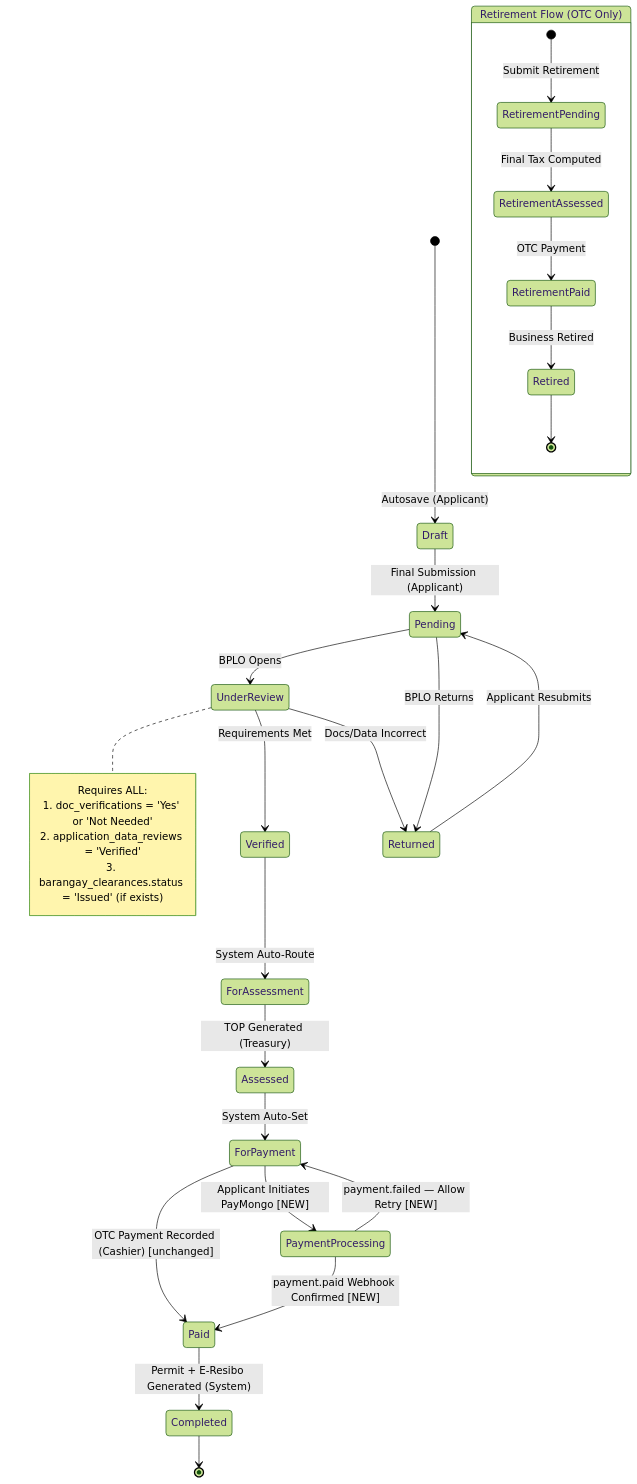
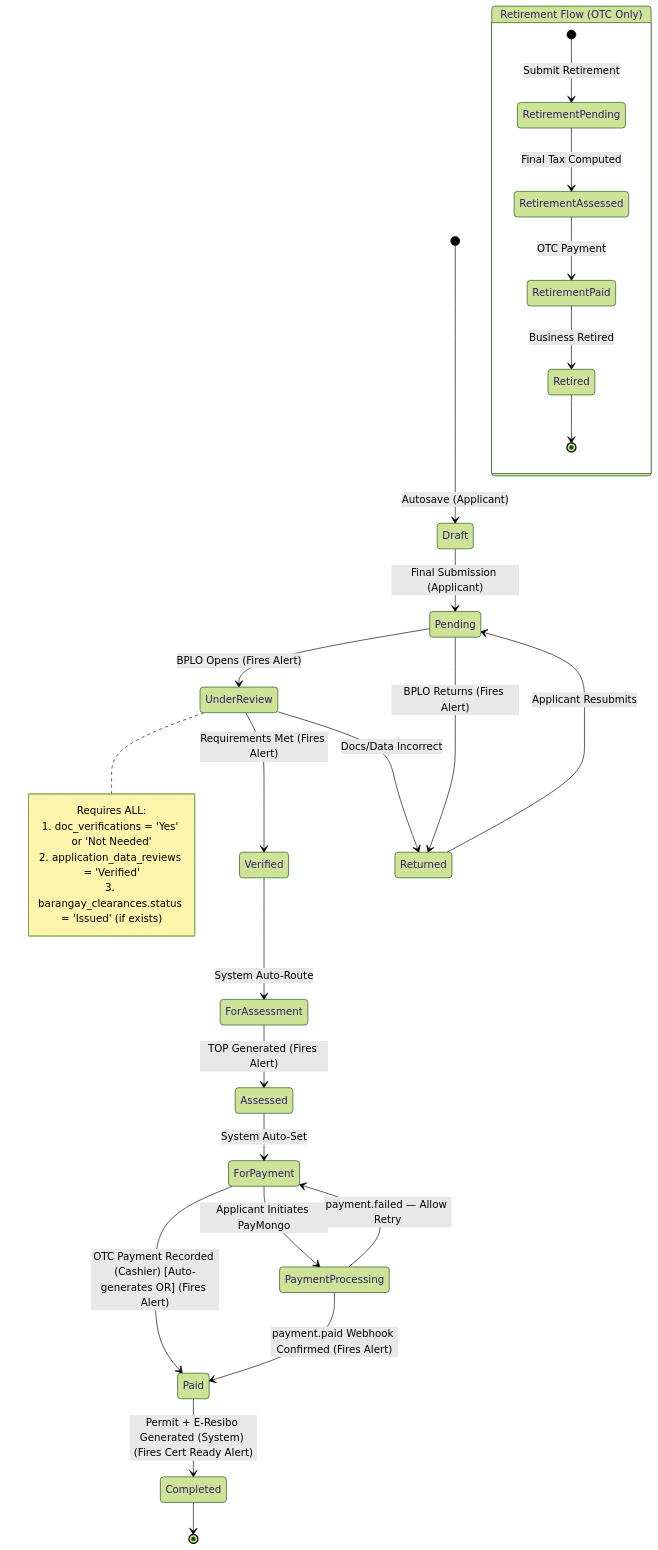
Before and after one commit to albuerocedrick/ebpls: the third of 6 diagrams in system-planning/eBPLS_System_Architecture.md, drawn with Mermaid (forest theme). The commit also changed other lines of this file and 9 other files, not shown here.

````diff
--- a/system-planning/eBPLS_System_Architecture.md
+++ b/system-planning/eBPLS_System_Architecture.md
@@ -219,38 +229,38 @@
 ```mermaid
 stateDiagram-v2
     [*] --> Draft : Autosave (Applicant)
     Draft --> Pending : Final Submission (Applicant)
 
-    Pending --> UnderReview : BPLO Opens
-    Pending --> Returned : BPLO Returns
+    Pending --> UnderReview : BPLO Opens (Fires Alert)
+    Pending --> Returned : BPLO Returns (Fires Alert)
 
     note right of UnderReview
         Requires ALL:
         1. doc_verifications = 'Yes' or 'Not Needed'
         2. application_data_reviews = 'Verified'
         3. barangay_clearances.status = 'Issued' (if exists)
     end note
 
-    UnderReview --> Verified : Requirements Met
+    UnderReview --> Verified : Requirements Met (Fires Alert)
     UnderReview --> Returned : Docs/Data Incorrect
     Returned --> Pending : Applicant Resubmits
     Verified --> ForAssessment : System Auto-Route
-    ForAssessment --> Assessed : TOP Generated (Treasury)
+    ForAssessment --> Assessed : TOP Generated (Fires Alert)
     Assessed --> ForPayment : System Auto-Set
 
-    ForPayment --> Paid : OTC Payment Recorded (Cashier) [unchanged]
-    ForPayment --> PaymentProcessing : Applicant Initiates PayMongo [NEW]
-    PaymentProcessing --> Paid : payment.paid Webhook Confirmed [NEW]
-    PaymentProcessing --> ForPayment : payment.failed — Allow Retry [NEW]
+    ForPayment --> Paid : OTC Payment Recorded (Cashier) [Auto-generates OR] (Fires Alert)
+    ForPayment --> PaymentProcessing : Applicant Initiates PayMongo
+    PaymentProcessing --> Paid : payment.paid Webhook Confirmed (Fires Alert)
+    PaymentProcessing --> ForPayment : payment.failed — Allow Retry
 
-    Paid --> Completed : Permit + E-Resibo Generated (System)
+    Paid --> Completed : Permit + E-Resibo Generated (System) (Fires Cert Ready Alert)
     Completed --> [*]
 
     state "Retirement Flow (OTC Only)" as RF {
         [*] --> RetirementPending : Submit Retirement
         RetirementPending --> RetirementAssessed : Final Tax Computed
         RetirementAssessed --> RetirementPaid : OTC Payment
         RetirementPaid --> Retired : Business Retired
         Retired --> [*]
     }
 ```
````
